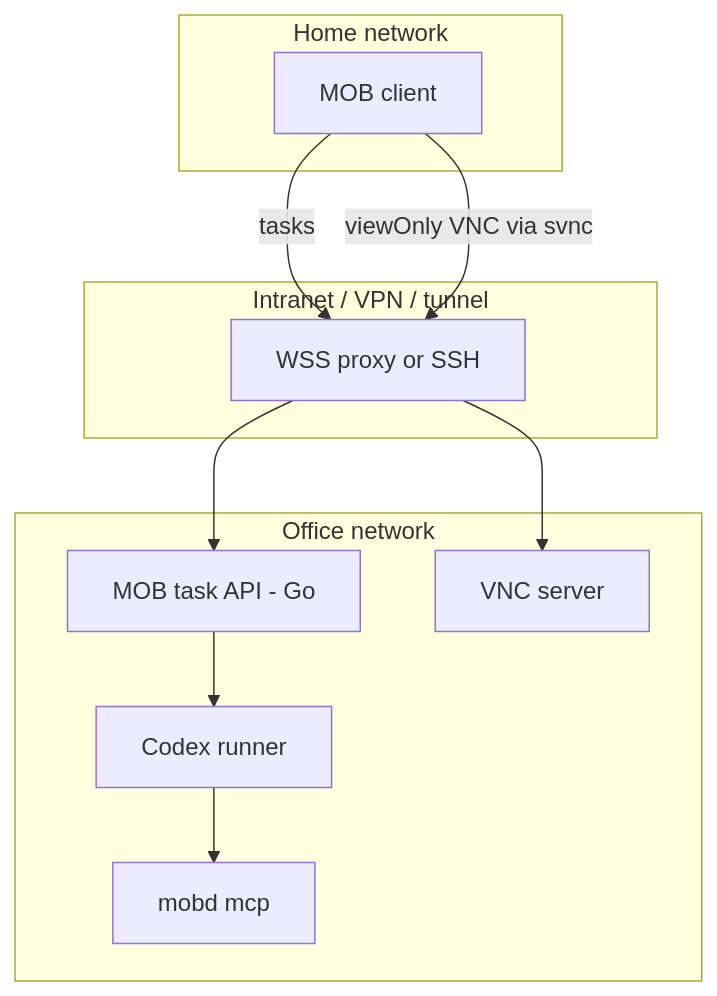
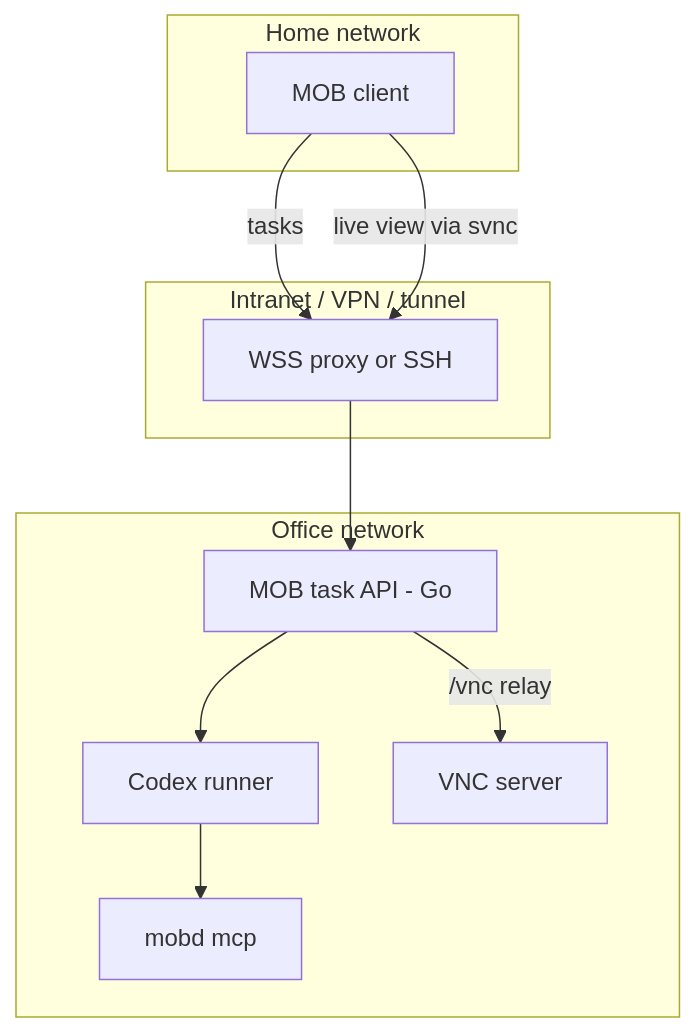
The diagram in docs/architecture.md (CooCoode/mob), drawn with Mermaid before and after one commit. The commit also changed other lines of this file and 10 other files, not shown here.

First line of the commit message:
docs: record the VNC relay in mobd (ADR 0010)

````diff
--- a/docs/architecture.md
+++ b/docs/architecture.md
@@ -71,22 +71,23 @@
 ```mermaid
 flowchart TB
   subgraph home [Home network]
     C[MOB client]
   end
 
   subgraph edge [Intranet / VPN / tunnel]
     T[WSS proxy or SSH]
   end
 
   subgraph officeNet [Office network]
     API[MOB task API - Go]
     Runner[Codex runner]
     MCP[mobd mcp]
     VNC[VNC server]
   end
 
   C -->|tasks| T --> API
   API --> Runner
   Runner --> MCP
-  C -->|viewOnly VNC via svnc| T --> VNC
+  C -->|live view via svnc| T
+  API -->|/vnc relay| VNC
 ```
````
